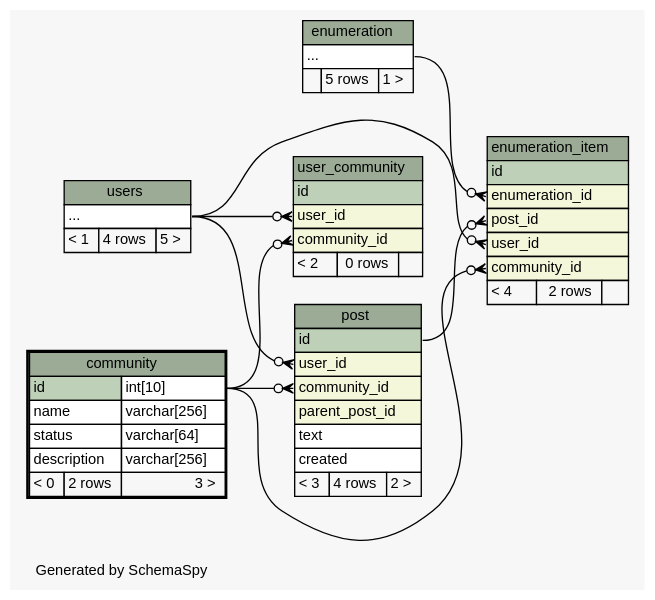
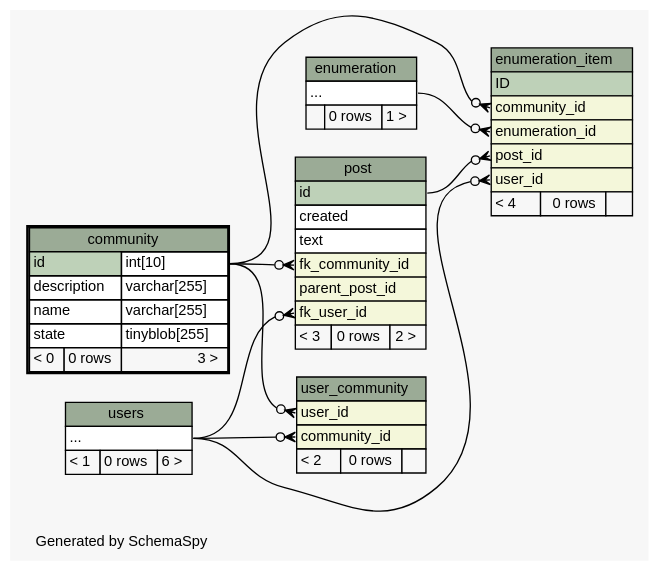
The diagram in doc/db_schema/diagrams/community.2degrees.dot (chr-krenn/chr-krenn-fhj-ws2017-sd17-pse), drawn with Graphviz before and after one commit. The commit also changed 60 other files, not shown here.

```diff
--- a/doc/db_schema/diagrams/community.2degrees.dot
+++ b/doc/db_schema/diagrams/community.2degrees.dot
@@ -1,104 +1,103 @@
 // dot 2.40.1 on Linux 4.12.5-300.fc26.x86_64
 // SchemaSpy rev 590
 digraph "twoDegreesRelationshipsDiagram" {
   graph [
     rankdir="RL"
     bgcolor="#f7f7f7"
     label="\nGenerated by SchemaSpy"
     labeljust="l"
     nodesep="0.18"
     ranksep="0.46"
     fontname="Helvetica"
     fontsize="11"
   ];
   node [
     fontname="Helvetica"
     fontsize="11"
     shape="plaintext"
   ];
   edge [
     arrowsize="0.8"
   ];
   "enumeration_item":"community_id":w -> "community":"id.type":e [arrowhead=none dir=back arrowtail=crowodot];
   "enumeration_item":"enumeration_id":w -> "enumeration":"elipses":e [arrowhead=none dir=back arrowtail=crowodot];
   "enumeration_item":"post_id":w -> "post":"id":e [arrowhead=none dir=back arrowtail=crowodot];
   "enumeration_item":"user_id":w -> "users":"elipses":e [arrowhead=none dir=back arrowtail=crowodot];
-  "post":"community_id":w -> "community":"id.type":e [arrowhead=none dir=back arrowtail=crowodot];
-  "post":"user_id":w -> "users":"elipses":e [arrowhead=none dir=back arrowtail=crowodot];
-  "user_community":"community_id":w -> "community":"id.type":e [arrowhead=none dir=back arrowtail=crowodot];
-  "user_community":"user_id":w -> "users":"elipses":e [arrowhead=none dir=back arrowtail=crowodot];
+  "post":"fk_community_id":w -> "community":"id.type":e [arrowhead=none dir=back arrowtail=crowodot];
+  "post":"fk_user_id":w -> "users":"elipses":e [arrowhead=none dir=back arrowtail=crowodot];
+  "user_community":"community_id":w -> "users":"elipses":e [arrowhead=none dir=back arrowtail=crowodot];
+  "user_community":"user_id":w -> "community":"id.type":e [arrowhead=none dir=back arrowtail=crowodot];
   "community" [
     label=<
     <TABLE BORDER="2" CELLBORDER="1" CELLSPACING="0" BGCOLOR="#ffffff">
       <TR><TD COLSPAN="3" BGCOLOR="#9bab96" ALIGN="CENTER">community</TD></TR>
       <TR><TD PORT="id" COLSPAN="2" BGCOLOR="#bed1b8" ALIGN="LEFT">id</TD><TD PORT="id.type" ALIGN="LEFT">int[10]</TD></TR>
-      <TR><TD PORT="name" COLSPAN="2" ALIGN="LEFT">name</TD><TD PORT="name.type" ALIGN="LEFT">varchar[256]</TD></TR>
-      <TR><TD PORT="status" COLSPAN="2" ALIGN="LEFT">status</TD><TD PORT="status.type" ALIGN="LEFT">varchar[64]</TD></TR>
-      <TR><TD PORT="description" COLSPAN="2" ALIGN="LEFT">description</TD><TD PORT="description.type" ALIGN="LEFT">varchar[256]</TD></TR>
-      <TR><TD ALIGN="LEFT" BGCOLOR="#f7f7f7">&lt; 0</TD><TD ALIGN="RIGHT" BGCOLOR="#f7f7f7">2 rows</TD><TD ALIGN="RIGHT" BGCOLOR="#f7f7f7">3 &gt;</TD></TR>
+      <TR><TD PORT="description" COLSPAN="2" ALIGN="LEFT">description</TD><TD PORT="description.type" ALIGN="LEFT">varchar[255]</TD></TR>
+      <TR><TD PORT="name" COLSPAN="2" ALIGN="LEFT">name</TD><TD PORT="name.type" ALIGN="LEFT">varchar[255]</TD></TR>
+      <TR><TD PORT="state" COLSPAN="2" ALIGN="LEFT">state</TD><TD PORT="state.type" ALIGN="LEFT">tinyblob[255]</TD></TR>
+      <TR><TD ALIGN="LEFT" BGCOLOR="#f7f7f7">&lt; 0</TD><TD ALIGN="RIGHT" BGCOLOR="#f7f7f7">0 rows</TD><TD ALIGN="RIGHT" BGCOLOR="#f7f7f7">3 &gt;</TD></TR>
     </TABLE>>
     URL="community.html"
     tooltip="community"
   ];
   "enumeration" [
     label=<
     <TABLE BORDER="0" CELLBORDER="1" CELLSPACING="0" BGCOLOR="#ffffff">
       <TR><TD COLSPAN="3" BGCOLOR="#9bab96" ALIGN="CENTER">enumeration</TD></TR>
       <TR><TD PORT="elipses" COLSPAN="3" ALIGN="LEFT">...</TD></TR>
-      <TR><TD ALIGN="LEFT" BGCOLOR="#f7f7f7">  </TD><TD ALIGN="RIGHT" BGCOLOR="#f7f7f7">5 rows</TD><TD ALIGN="RIGHT" BGCOLOR="#f7f7f7">1 &gt;</TD></TR>
+      <TR><TD ALIGN="LEFT" BGCOLOR="#f7f7f7">  </TD><TD ALIGN="RIGHT" BGCOLOR="#f7f7f7">0 rows</TD><TD ALIGN="RIGHT" BGCOLOR="#f7f7f7">1 &gt;</TD></TR>
     </TABLE>>
     URL="enumeration.html"
     tooltip="enumeration"
   ];
   "enumeration_item" [
     label=<
     <TABLE BORDER="0" CELLBORDER="1" CELLSPACING="0" BGCOLOR="#ffffff">
       <TR><TD COLSPAN="3" BGCOLOR="#9bab96" ALIGN="CENTER">enumeration_item</TD></TR>
-      <TR><TD PORT="id" COLSPAN="3" BGCOLOR="#bed1b8" ALIGN="LEFT">id</TD></TR>
+      <TR><TD PORT="ID" COLSPAN="3" BGCOLOR="#bed1b8" ALIGN="LEFT">ID</TD></TR>
+      <TR><TD PORT="community_id" COLSPAN="3" BGCOLOR="#f4f7da" ALIGN="LEFT">community_id</TD></TR>
       <TR><TD PORT="enumeration_id" COLSPAN="3" BGCOLOR="#f4f7da" ALIGN="LEFT">enumeration_id</TD></TR>
       <TR><TD PORT="post_id" COLSPAN="3" BGCOLOR="#f4f7da" ALIGN="LEFT">post_id</TD></TR>
       <TR><TD PORT="user_id" COLSPAN="3" BGCOLOR="#f4f7da" ALIGN="LEFT">user_id</TD></TR>
-      <TR><TD PORT="community_id" COLSPAN="3" BGCOLOR="#f4f7da" ALIGN="LEFT">community_id</TD></TR>
-      <TR><TD ALIGN="LEFT" BGCOLOR="#f7f7f7">&lt; 4</TD><TD ALIGN="RIGHT" BGCOLOR="#f7f7f7">2 rows</TD><TD ALIGN="RIGHT" BGCOLOR="#f7f7f7">  </TD></TR>
+      <TR><TD ALIGN="LEFT" BGCOLOR="#f7f7f7">&lt; 4</TD><TD ALIGN="RIGHT" BGCOLOR="#f7f7f7">0 rows</TD><TD ALIGN="RIGHT" BGCOLOR="#f7f7f7">  </TD></TR>
     </TABLE>>
     URL="enumeration_item.html"
     tooltip="enumeration_item"
   ];
   "post" [
     label=<
     <TABLE BORDER="0" CELLBORDER="1" CELLSPACING="0" BGCOLOR="#ffffff">
       <TR><TD COLSPAN="3" BGCOLOR="#9bab96" ALIGN="CENTER">post</TD></TR>
       <TR><TD PORT="id" COLSPAN="3" BGCOLOR="#bed1b8" ALIGN="LEFT">id</TD></TR>
-      <TR><TD PORT="user_id" COLSPAN="3" BGCOLOR="#f4f7da" ALIGN="LEFT">user_id</TD></TR>
-      <TR><TD PORT="community_id" COLSPAN="3" BGCOLOR="#f4f7da" ALIGN="LEFT">community_id</TD></TR>
+      <TR><TD PORT="created" COLSPAN="3" ALIGN="LEFT">created</TD></TR>
+      <TR><TD PORT="text" COLSPAN="3" ALIGN="LEFT">text</TD></TR>
+      <TR><TD PORT="fk_community_id" COLSPAN="3" BGCOLOR="#f4f7da" ALIGN="LEFT">fk_community_id</TD></TR>
       <TR><TD PORT="parent_post_id" COLSPAN="3" BGCOLOR="#f4f7da" ALIGN="LEFT">parent_post_id</TD></TR>
-      <TR><TD PORT="text" COLSPAN="3" ALIGN="LEFT">text</TD></TR>
-      <TR><TD PORT="created" COLSPAN="3" ALIGN="LEFT">created</TD></TR>
-      <TR><TD ALIGN="LEFT" BGCOLOR="#f7f7f7">&lt; 3</TD><TD ALIGN="RIGHT" BGCOLOR="#f7f7f7">4 rows</TD><TD ALIGN="RIGHT" BGCOLOR="#f7f7f7">2 &gt;</TD></TR>
+      <TR><TD PORT="fk_user_id" COLSPAN="3" BGCOLOR="#f4f7da" ALIGN="LEFT">fk_user_id</TD></TR>
+      <TR><TD ALIGN="LEFT" BGCOLOR="#f7f7f7">&lt; 3</TD><TD ALIGN="RIGHT" BGCOLOR="#f7f7f7">0 rows</TD><TD ALIGN="RIGHT" BGCOLOR="#f7f7f7">2 &gt;</TD></TR>
     </TABLE>>
     URL="post.html"
     tooltip="post"
   ];
   "user_community" [
     label=<
     <TABLE BORDER="0" CELLBORDER="1" CELLSPACING="0" BGCOLOR="#ffffff">
       <TR><TD COLSPAN="3" BGCOLOR="#9bab96" ALIGN="CENTER">user_community</TD></TR>
-      <TR><TD PORT="id" COLSPAN="3" BGCOLOR="#bed1b8" ALIGN="LEFT">id</TD></TR>
       <TR><TD PORT="user_id" COLSPAN="3" BGCOLOR="#f4f7da" ALIGN="LEFT">user_id</TD></TR>
       <TR><TD PORT="community_id" COLSPAN="3" BGCOLOR="#f4f7da" ALIGN="LEFT">community_id</TD></TR>
       <TR><TD ALIGN="LEFT" BGCOLOR="#f7f7f7">&lt; 2</TD><TD ALIGN="RIGHT" BGCOLOR="#f7f7f7">0 rows</TD><TD ALIGN="RIGHT" BGCOLOR="#f7f7f7">  </TD></TR>
     </TABLE>>
     URL="user_community.html"
     tooltip="user_community"
   ];
   "users" [
     label=<
     <TABLE BORDER="0" CELLBORDER="1" CELLSPACING="0" BGCOLOR="#ffffff">
       <TR><TD COLSPAN="3" BGCOLOR="#9bab96" ALIGN="CENTER">users</TD></TR>
       <TR><TD PORT="elipses" COLSPAN="3" ALIGN="LEFT">...</TD></TR>
-      <TR><TD ALIGN="LEFT" BGCOLOR="#f7f7f7">&lt; 1</TD><TD ALIGN="RIGHT" BGCOLOR="#f7f7f7">4 rows</TD><TD ALIGN="RIGHT" BGCOLOR="#f7f7f7">5 &gt;</TD></TR>
+      <TR><TD ALIGN="LEFT" BGCOLOR="#f7f7f7">&lt; 1</TD><TD ALIGN="RIGHT" BGCOLOR="#f7f7f7">0 rows</TD><TD ALIGN="RIGHT" BGCOLOR="#f7f7f7">6 &gt;</TD></TR>
     </TABLE>>
     URL="users.html"
     tooltip="users"
   ];
 }
```
